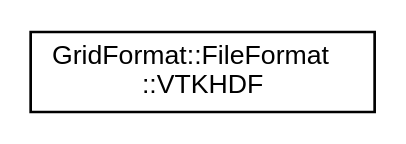
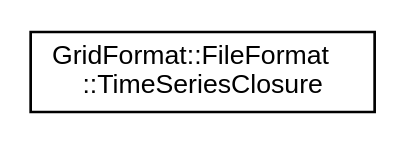
Before and after one commit to dglaeser/gridformat: the diagram in inherit_graph_30.dot, drawn with Graphviz. The commit also changed 337 other files, not shown here.

```diff
--- a/inherit_graph_30.dot
+++ b/inherit_graph_30.dot
@@ -1,8 +1,8 @@
 digraph "Graphical Class Hierarchy"
 {
  // LATEX_PDF_SIZE
   edge [fontname="Helvetica",fontsize="10",labelfontname="Helvetica",labelfontsize="10"];
   node [fontname="Helvetica",fontsize="10",shape=record];
   rankdir="LR";
-  Node0 [label="GridFormat::FileFormat\l::VTKHDF",height=0.2,width=0.4,color="black", fillcolor="white", style="filled",URL="$structGridFormat_1_1FileFormat_1_1VTKHDF.html",tooltip="Selector for the vtk-hdf file format with automatic deduction of the flavour. If the grid for which a..."];
+  Node0 [label="GridFormat::FileFormat\l::TimeSeriesClosure",height=0.2,width=0.4,color="black", fillcolor="white", style="filled",URL="$structGridFormat_1_1FileFormat_1_1TimeSeriesClosure.html",tooltip="Closure for time series format selection. Takes a sequential format and returns a time series variant..."];
 }
```
